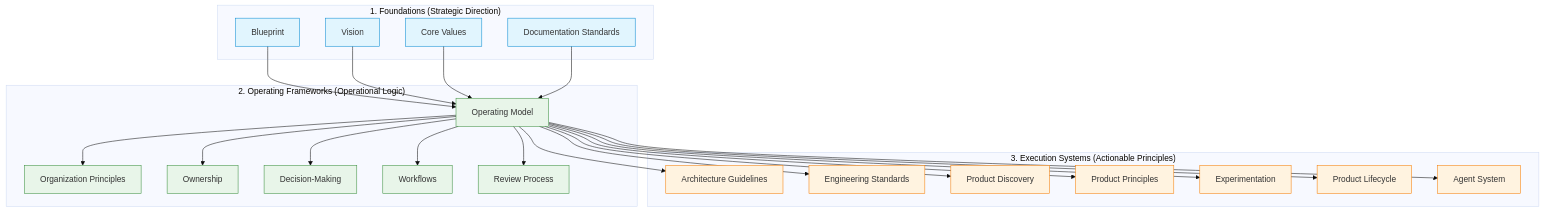
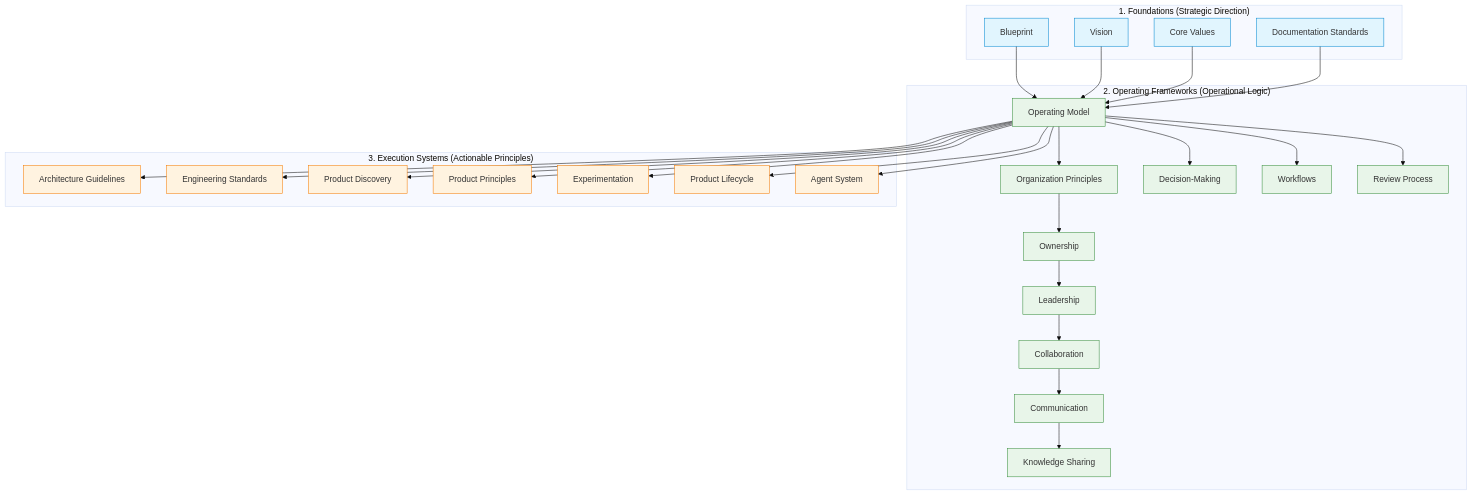
One commit to vectorlabs-studio/vectorlabs-studio changed the diagram in docs/README.md. Above: the diagram before and after it, drawn with Mermaid (base theme). The commit also changed other lines of this file and 4 other files, not shown here.

````diff
--- a/docs/README.md
+++ b/docs/README.md
@@ -23,50 +23,58 @@
 ```mermaid
 graph TD
     classDef default fill:#f9f9f9,stroke:#333,stroke-width:1px;
     classDef foundation fill:#e1f5fe,stroke:#0288d1,stroke-width:1px;
     classDef framework fill:#e8f5e9,stroke:#388e3c,stroke-width:1px;
     classDef execution fill:#fff3e0,stroke:#f57c00,stroke-width:1px;
 
     subgraph Foundations ["1. Foundations (Strategic Direction)"]
         blueprint["Blueprint"]:::foundation
         vision["Vision"]:::foundation
         values["Core Values"]:::foundation
         doc_standards["Documentation Standards"]:::foundation
     end
 
     subgraph Frameworks ["2. Operating Frameworks (Operational Logic)"]
         org_principles["Organization Principles"]:::framework
         ownership["Ownership"]:::framework
+        leadership["Leadership"]:::framework
+        collaboration["Collaboration"]:::framework
+        communication["Communication"]:::framework
+        knowledge_sharing["Knowledge Sharing"]:::framework
         op_model["Operating Model"]:::framework
         dec_making["Decision-Making"]:::framework
         workflows["Workflows"]:::framework
         review["Review Process"]:::framework
     end
 
     subgraph Execution ["3. Execution Systems (Actionable Principles)"]
         architecture["Architecture Guidelines"]:::execution
         eng_standards["Engineering Standards"]:::execution
         prod_discovery["Product Discovery"]:::execution
         prod_principles["Product Principles"]:::execution
         experimentation["Experimentation"]:::execution
         lifecycle["Product Lifecycle"]:::execution
         agents["Agent System"]:::execution
     end
 
     blueprint --> op_model
     vision --> op_model
     values --> op_model
     doc_standards --> op_model
     op_model --> org_principles
-    op_model --> ownership
+    org_principles --> ownership
+    ownership --> leadership
+    leadership --> collaboration
+    collaboration --> communication
+    communication --> knowledge_sharing
     op_model --> dec_making
     op_model --> workflows
     op_model --> review
     op_model --> architecture
     op_model --> eng_standards
     op_model --> prod_discovery
     op_model --> prod_principles
     op_model --> experimentation
     op_model --> lifecycle
     op_model --> agents
 ```
````
